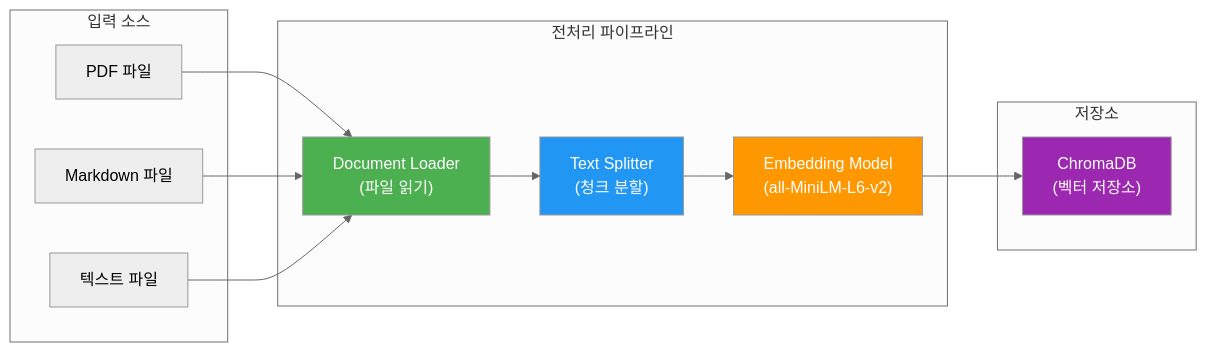
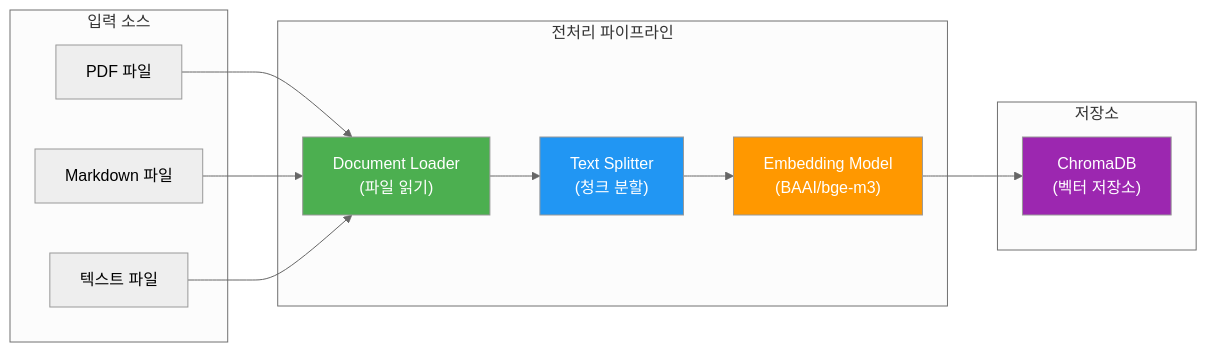
One commit to laurus-kpa007/agentic-rag-bot changed the ninth of 12 diagrams in docs/architecture.md. Above: the diagram before and after it, drawn with Mermaid (neutral theme). The commit also changed 9 other files, not shown here.

First line of the commit message:
feat: 임베딩 모델을 BAAI/bge-m3로 변경 (한국어 지원 강화)

````diff
--- a/docs/architecture.md
+++ b/docs/architecture.md
@@ -373,31 +373,31 @@
 ```mermaid
 flowchart LR
     subgraph "입력 소스"
         PDF["PDF 파일"]
         MD["Markdown 파일"]
         TXT["텍스트 파일"]
     end
 
     subgraph "전처리 파이프라인"
         Loader["Document Loader<br/>(파일 읽기)"]
         Splitter["Text Splitter<br/>(청크 분할)"]
-        Embedder["Embedding Model<br/>(all-MiniLM-L6-v2)"]
+        Embedder["Embedding Model<br/>(BAAI/bge-m3)"]
     end
 
     subgraph "저장소"
         ChromaDB["ChromaDB<br/>(벡터 저장소)"]
     end
 
     PDF --> Loader
     MD --> Loader
     TXT --> Loader
 
     Loader --> Splitter
     Splitter --> Embedder
     Embedder --> ChromaDB
 
     style Loader fill:#4CAF50,color:#fff
     style Splitter fill:#2196F3,color:#fff
     style Embedder fill:#FF9800,color:#fff
     style ChromaDB fill:#9C27B0,color:#fff
 ```
````
